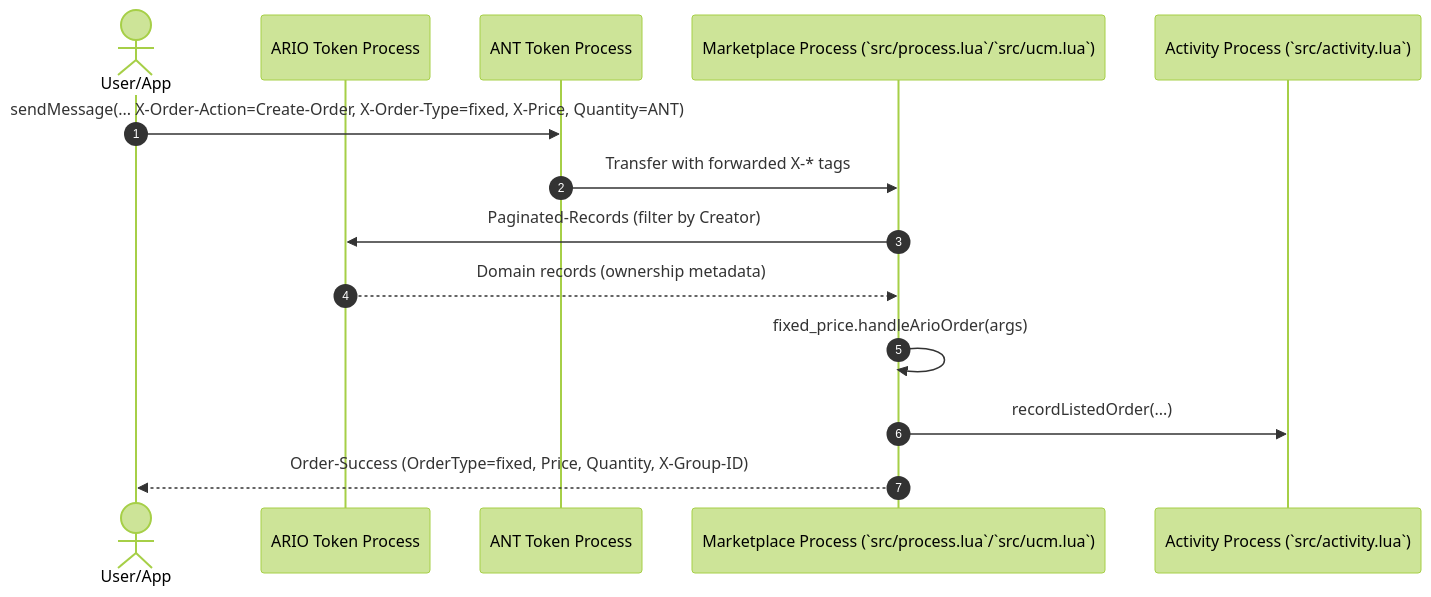
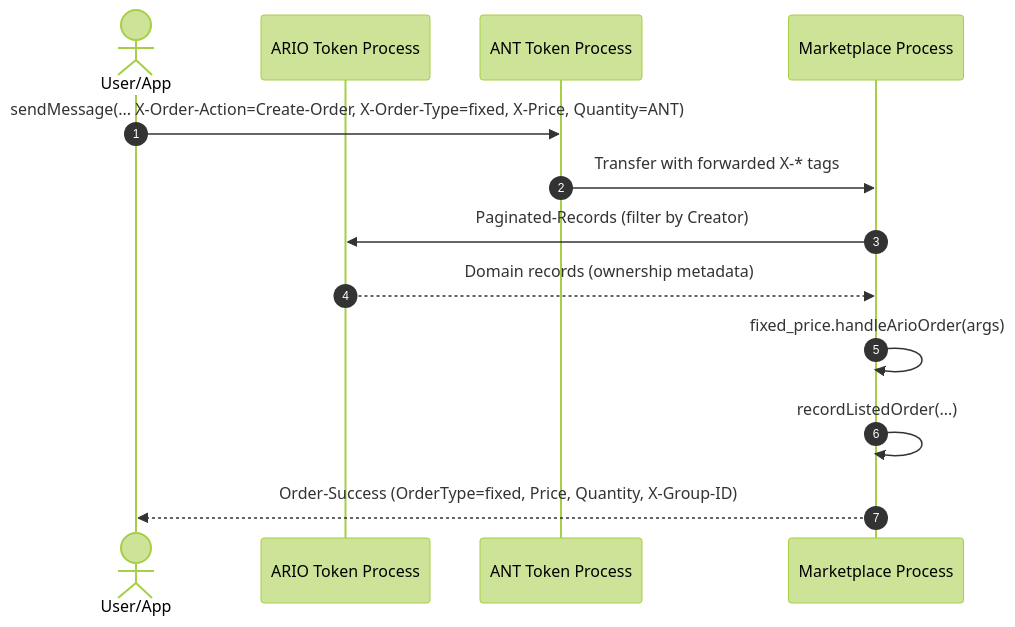
One commit to blockydevs/arns-marketplace-process changed the diagram in docs/fixed-listing.md. Above: the diagram before and after it, drawn with Mermaid (forest theme). The commit also changed 9 other files, not shown here.

````diff
--- a/docs/fixed-listing.md
+++ b/docs/fixed-listing.md
@@ -3,19 +3,18 @@
 ```mermaid
 sequenceDiagram
     autonumber
     actor User as User/App
     participant ARIO as ARIO Token Process
     participant ANT as ANT Token Process
-    participant Market as Marketplace Process (`src/process.lua`/`src/ucm.lua`)
-    participant Activity as Activity Process (`src/activity.lua`)
+    participant Market as Marketplace Process
 
     User->>ANT: sendMessage(... X-Order-Action=Create-Order, X-Order-Type=fixed, X-Price, Quantity=ANT)
     ANT->>Market: Transfer with forwarded X-* tags
 
     Market->>ARIO: Paginated-Records (filter by Creator)
     ARIO-->>Market: Domain records (ownership metadata)
 
     Market->>Market: fixed_price.handleArioOrder(args)
-    Market->>Activity: recordListedOrder(...)
+    Market->>Market: recordListedOrder(...)
     Market-->>User: Order-Success (OrderType=fixed, Price, Quantity, X-Group-ID)
 ```
````
